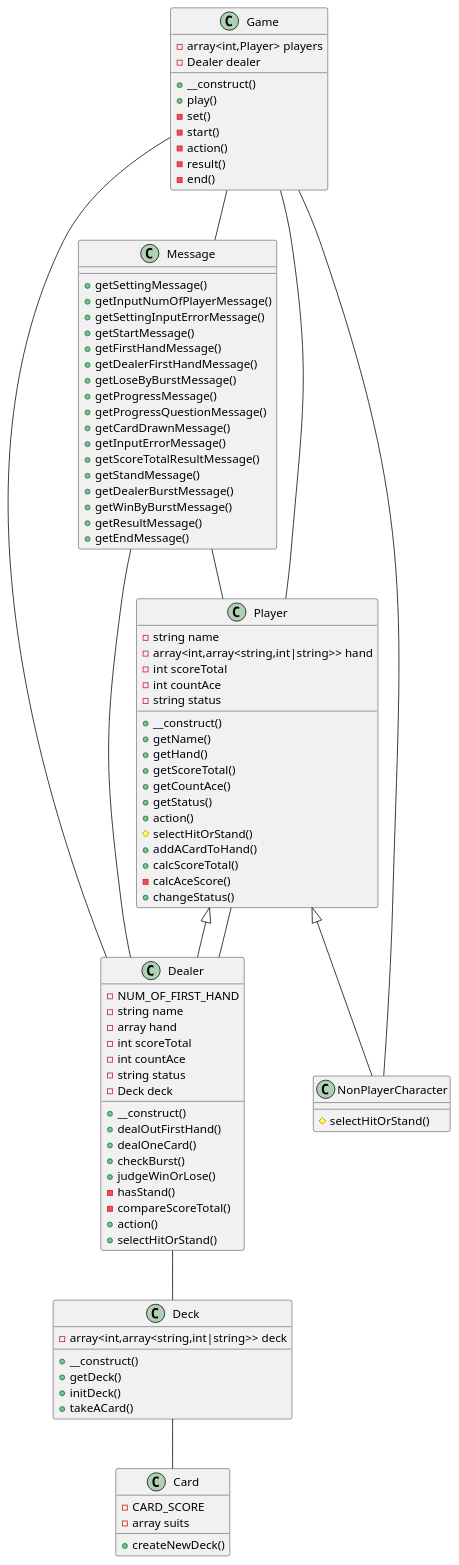
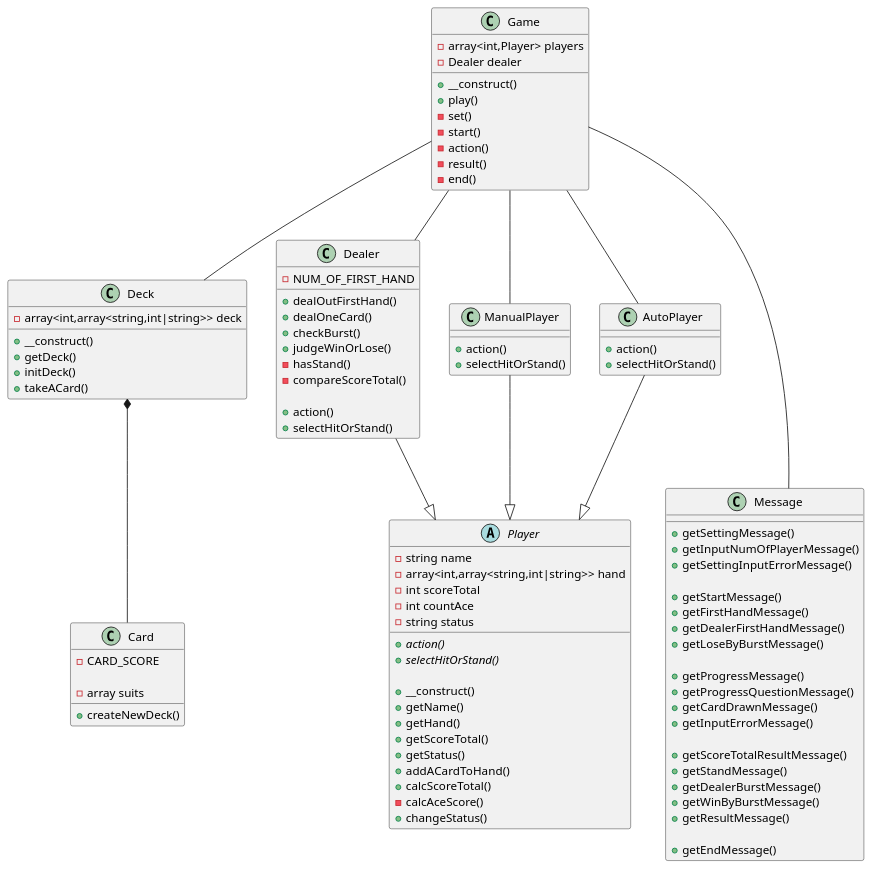
One commit to ryamate/php-oop-cli-blackjack changed the diagram in src/docs/class.plantuml. Above: the diagram before and after it, drawn with PlantUML. The commit also changed 11 other files, not shown here.

```diff
--- a/src/docs/class.plantuml
+++ b/src/docs/class.plantuml
@@ -1,105 +1,112 @@
 @startuml Blackjack
 
 class Game {
   -array<int,Player> players
   -Dealer dealer
+
   +__construct()
   +play()
   -set()
   -start()
   -action()
   -result()
   -end()
 }
 
-class Message {
-  +getSettingMessage()
-  +getInputNumOfPlayerMessage()
-  +getSettingInputErrorMessage()
-  +getStartMessage()
-  +getFirstHandMessage()
-  +getDealerFirstHandMessage()
-  +getLoseByBurstMessage()
-  +getProgressMessage()
-  +getProgressQuestionMessage()
-  +getCardDrawnMessage()
-  +getInputErrorMessage()
-  +getScoreTotalResultMessage()
-  +getStandMessage()
-  +getDealerBurstMessage()
-  +getWinByBurstMessage()
-  +getResultMessage()
-  +getEndMessage()
+class Deck {
+  -array<int,array<string,int|string>> deck
+
+  +__construct()
+  +getDeck()
+  +initDeck()
+  +takeACard()
 }
 
-class Player {
+class Card {
+  -CARD_SCORE
+
+  -array suits
+  +createNewDeck()
+}
+
+abstract Player {
   -string name
   -array<int,array<string,int|string>> hand
   -int scoreTotal
   -int countAce
   -string status
+
+  +{abstract} action()
+  +{abstract} selectHitOrStand()
+
   +__construct()
   +getName()
   +getHand()
   +getScoreTotal()
-  +getCountAce()
   +getStatus()
-  +action()
-  #selectHitOrStand()
   +addACardToHand()
   +calcScoreTotal()
   -calcAceScore()
   +changeStatus()
 }
 
 class Dealer {
   -NUM_OF_FIRST_HAND
-  -string name
-  -array hand
-  -int scoreTotal
-  -int countAce
-  -string status
-  -Deck deck
-  +__construct()
+
   +dealOutFirstHand()
   +dealOneCard()
   +checkBurst()
   +judgeWinOrLose()
   -hasStand()
   -compareScoreTotal()
+
   +action()
   +selectHitOrStand()
 }
 
-class NonPlayerCharacter {
-  #selectHitOrStand()
+class ManualPlayer {
+  +action()
+  +selectHitOrStand()
 }
 
-class Deck {
-  -array<int,array<string,int|string>> deck
-  +__construct()
-  +getDeck()
-  +initDeck()
-  +takeACard()
+class AutoPlayer {
+  +action()
+  +selectHitOrStand()
 }
 
-class Card {
-  -CARD_SCORE
-  -array suits
-  +createNewDeck()
+class Message {
+  +getSettingMessage()
+  +getInputNumOfPlayerMessage()
+  +getSettingInputErrorMessage()
+
+  +getStartMessage()
+  +getFirstHandMessage()
+  +getDealerFirstHandMessage()
+  +getLoseByBurstMessage()
+
+  +getProgressMessage()
+  +getProgressQuestionMessage()
+  +getCardDrawnMessage()
+  +getInputErrorMessage()
+
+  +getScoreTotalResultMessage()
+  +getStandMessage()
+  +getDealerBurstMessage()
+  +getWinByBurstMessage()
+  +getResultMessage()
+
+  +getEndMessage()
 }
 
-Game -- Player
-Game -- NonPlayerCharacter
+Game -- Deck
+Deck *-- Card
 Game -- Dealer
-Game -- Message
-Message -- Player
-Message -- Dealer
-Dealer -- Player
-Dealer -- Deck
-Deck -- Card
+Game -- ManualPlayer
+Game -- AutoPlayer
+Dealer --|> Player
+ManualPlayer --|> Player
+AutoPlayer --|> Player
+Game --- Message
 
-Player <|-- Dealer
-Player <|-- NonPlayerCharacter
 
 @enduml
```
